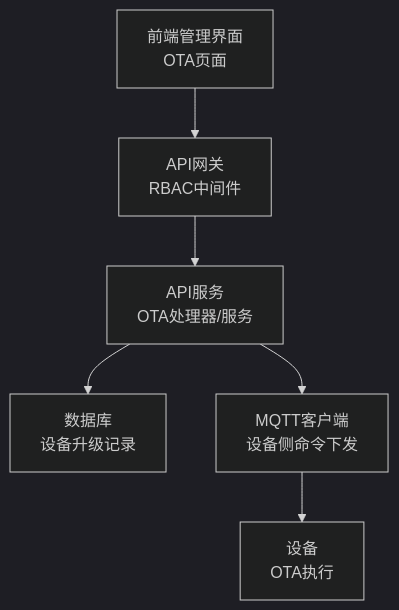
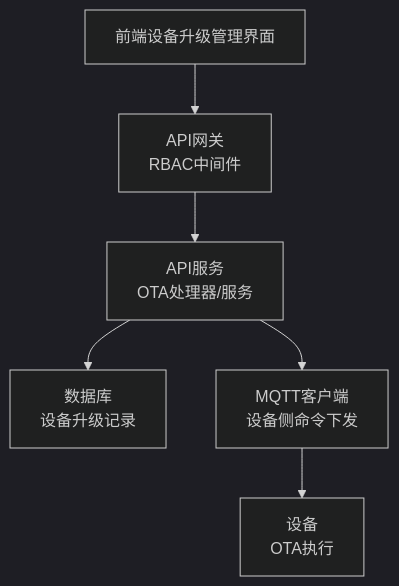
One commit to mcmrzy/cs_inv_monitor-develop changed the first of 6 diagrams in .qoder/repowiki/zh/content/OTA升级系统/OTA任务调度/OTA任务管理.md. Above: the diagram before and after it, drawn with Mermaid (dark theme). The commit also changed other lines of this file and 128 other files, not shown here.

````diff
--- a/.qoder/repowiki/zh/content/OTA升级系统/OTA任务调度/OTA任务管理.md
+++ b/.qoder/repowiki/zh/content/OTA升级系统/OTA任务调度/OTA任务管理.md
@@ -40,8 +46,8 @@
 ```mermaid
 graph TB
-FE["前端管理界面<br/>OTA页面"] --> GW["API网关<br/>RBAC中间件"]
+FE["前端设备升级管理界面"] --> GW["API网关<br/>RBAC中间件"]
 GW --> API["API服务<br/>OTA处理器/服务"]
 API --> DB["数据库<br/>设备升级记录"]
 API --> MQ["MQTT客户端<br/>设备侧命令下发"]
 MQ --> DEV["设备<br/>OTA执行"]
 ```
````
